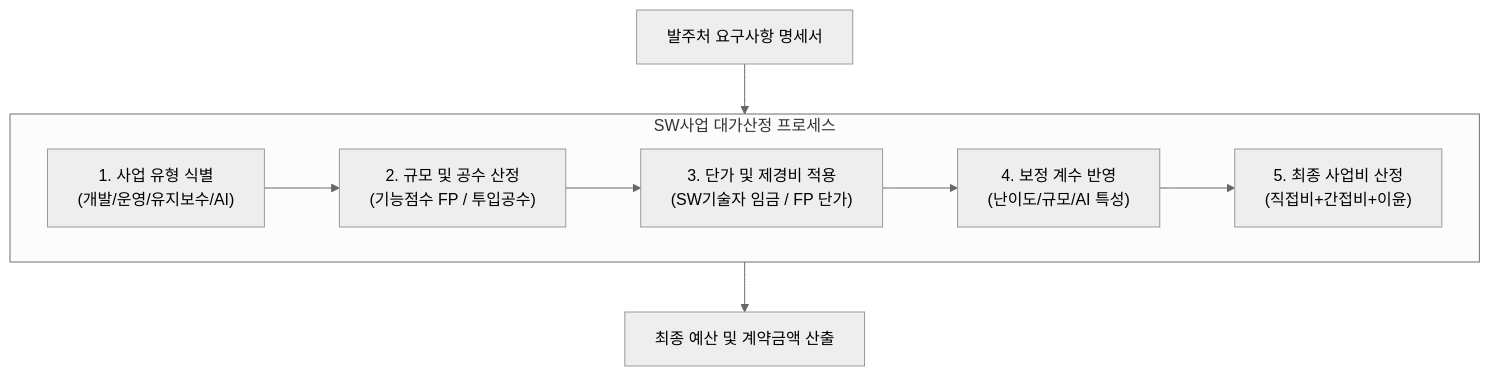
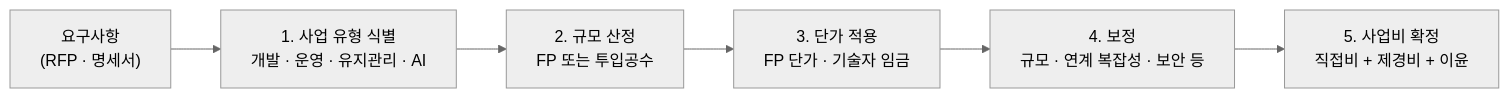
Before and after one commit to supremethumb/supremethumb.github.io: the diagram in content/01_IT Tech/SW사업 대가산정 가이드.md, drawn with Mermaid (neutral theme). The commit also changed other lines of this file and 1087 other files, not shown here.

````diff
--- a/content/01_IT Tech/SW사업 대가산정 가이드.md
+++ b/content/01_IT Tech/SW사업 대가산정 가이드.md
@@ -23,14 +36,8 @@
 ```mermaid
-flowchart TB
-    subgraph Process["SW사업 대가산정 프로세스"]
-        direction LR
-        P1["1. 사업 유형 식별<br/>(개발/운영/유지보수/AI)"] --> P2["2. 규모 및 공수 산정<br/>(기능점수 FP / 투입공수)"]
-        P2 --> P3["3. 단가 및 제경비 적용<br/>(SW기술자 임금 / FP 단가)"]
-        P3 --> P4["4. 보정 계수 반영<br/>(난이도/규모/AI 특성)"]
-        P4 --> P5["5. 최종 사업비 산정<br/>(직접비+간접비+이윤)"]
-    end
-
-    REQ["발주처 요구사항 명세서"] --> P1
-    P5 --> OUT["최종 예산 및 계약금액 산출"]
-
+flowchart LR
+    R["요구사항<br/>(RFP · 명세서)"] --> P1["1. 사업 유형 식별<br/>개발 · 운영 · 유지관리 · AI"]
+    P1 --> P2["2. 규모 산정<br/>FP 또는 투입공수"]
+    P2 --> P3["3. 단가 적용<br/>FP 단가 · 기술자 임금"]
+    P3 --> P4["4. 보정<br/>규모 · 연계 복잡성 · 보안 등"]
+    P4 --> P5["5. 사업비 확정<br/>직접비 + 제경비 + 이윤"]
 ```
````
